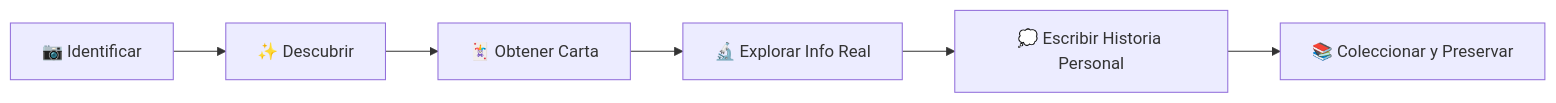
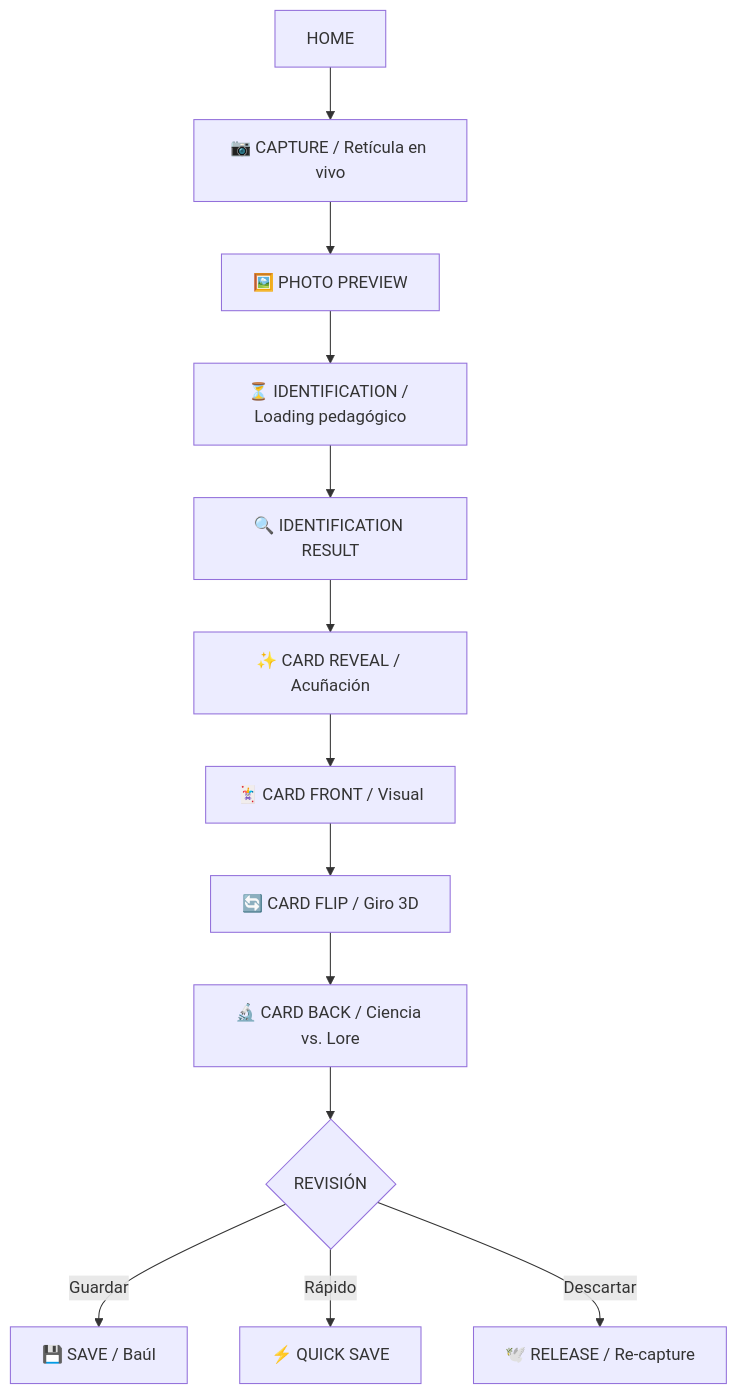
The diagram in docs/GDD.md (d4ms36/whoanimal), drawn with Mermaid before and after one commit. The commit also changed other lines of this file and 10 other files, not shown here.

Commit message:
docs: rebaseline product vision and roadmap

````diff
--- a/docs/GDD.md
+++ b/docs/GDD.md
@@ -17,8 +51,15 @@
 ```mermaid
-flowchart LR
-    A[📷 Identificar] --> B[✨ Descubrir]
-    B --> C[🃏 Obtener Carta]
-    C --> D[🔬 Explorar Info Real]
-    D --> E[💭 Escribir Historia Personal]
-    E --> F[📚 Coleccionar y Preservar]
+flowchart TD
+    A[HOME] --> B[📷 CAPTURE / Retícula en vivo]
+    B --> C[🖼️ PHOTO PREVIEW]
+    C --> D[⏳ IDENTIFICATION / Loading pedagógico]
+    D --> E[🔍 IDENTIFICATION RESULT]
+    E --> F[✨ CARD REVEAL / Acuñación]
+    F --> G[🃏 CARD FRONT / Visual]
+    G --> H[🔄 CARD FLIP / Giro 3D]
+    H --> I[🔬 CARD BACK / Ciencia vs. Lore]
+    I --> J{REVISIÓN}
+    J -->|Guardar| K[💾 SAVE / Baúl]
+    J -->|Rápido| L[⚡ QUICK SAVE]
+    J -->|Descartar| M[🕊️ RELEASE / Re-capture]
 ```
````
